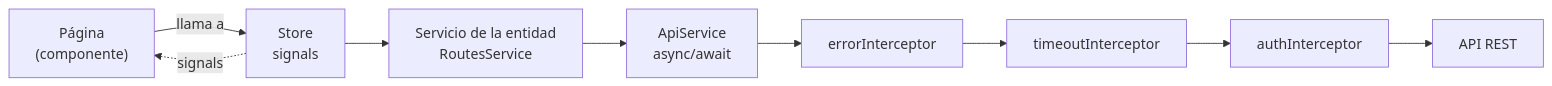
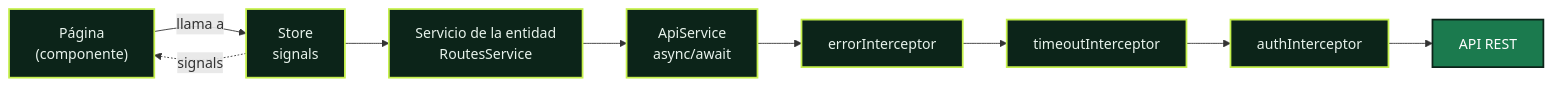
Before and after one commit to Mauro-vs/Routly: the diagram in moto-routes-frontend/README.md, drawn with Mermaid. The commit also changed other lines of this file and 15 other files, not shown here.

````diff
--- a/moto-routes-frontend/README.md
+++ b/moto-routes-frontend/README.md
@@ -153,8 +157,13 @@
 ```mermaid
 flowchart LR
     P["Página<br/>(componente)"] -->|"llama a"| ST["Store<br/>signals"]
     ST --> SV["Servicio de la entidad<br/>RoutesService"]
     SV --> API["ApiService<br/>async/await"]
     API --> I1["errorInterceptor"] --> I2["timeoutInterceptor"] --> I3["authInterceptor"] --> B["API REST"]
     ST -.->|"signals"| P
+    classDef node fill:#0c2419,stroke:#c6f04d,color:#e8f3ec,stroke-width:2px
+    classDef store fill:#1b7a4e,stroke:#0c2419,color:#ffffff
+    class P,ST,SV,API node
+    class I1,I2,I3 node
+    class B store
 ```
````
